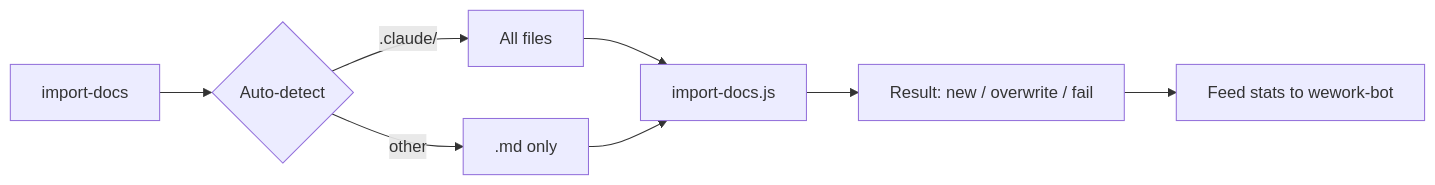
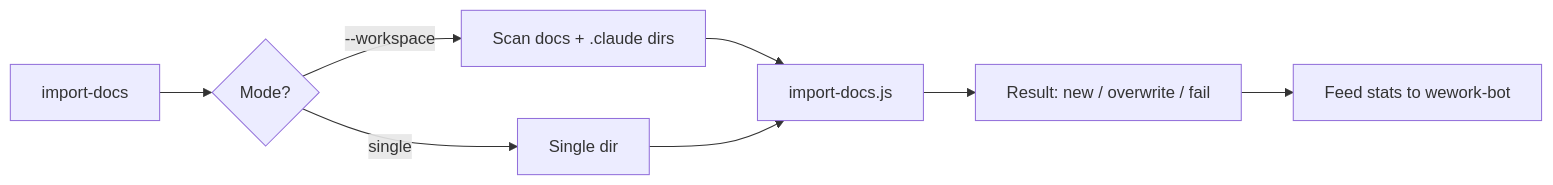
One commit to effiy/YrY changed the diagram in skills/import-docs/SKILL.md. Above: the diagram before and after it, drawn with Mermaid. The commit also changed other lines of this file and 23 other files, not shown here.

````diff
--- a/skills/import-docs/SKILL.md
+++ b/skills/import-docs/SKILL.md
@@ -12,10 +12,10 @@
 ```mermaid
 graph LR
-    A[import-docs] --> B{Auto-detect}
-    B -->|.claude/| C[All files]
-    B -->|other| D[.md only]
-    C --> E[import-docs.js]
+    A[import-docs] --> B{Mode?}
+    B -->|--workspace| W[Scan docs + .claude dirs]
+    B -->|single| D[Single dir]
+    W --> E[import-docs.js]
     D --> E
     E --> F[Result: new / overwrite / fail]
     F --> G[Feed stats to wework-bot]
 ```
````
